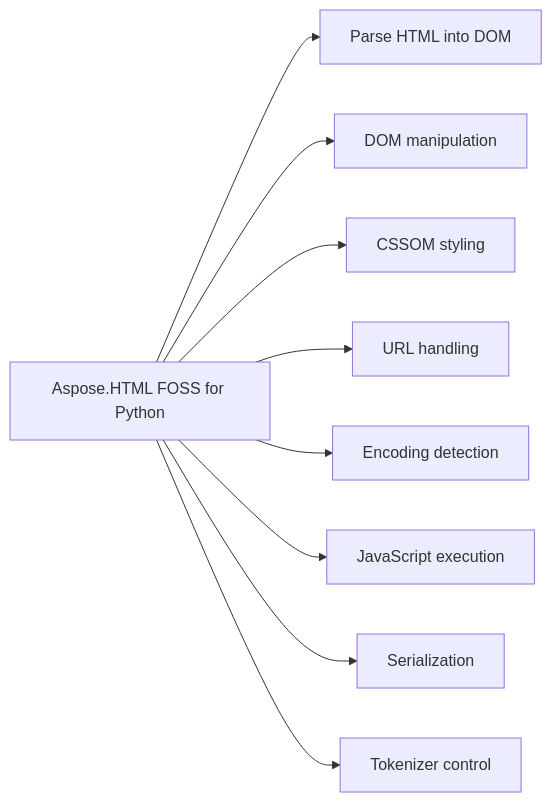
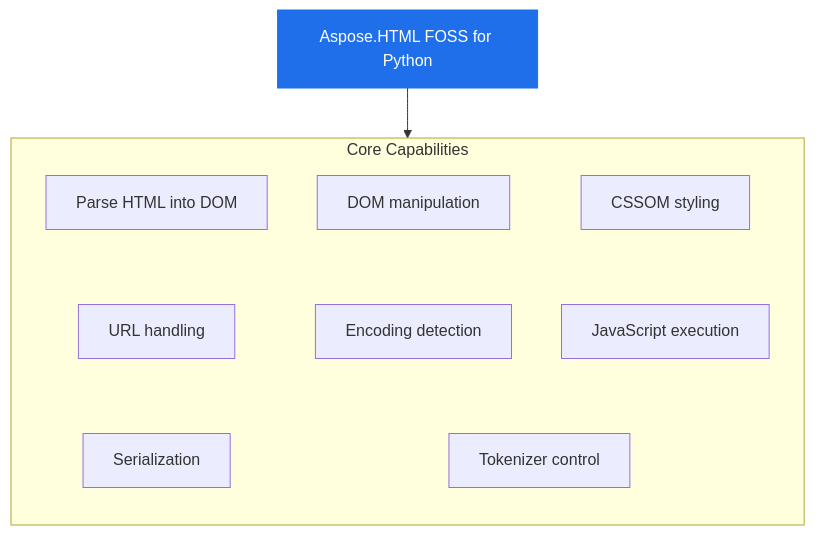
One commit to babar-raza/repo-presenter changed the diagram in bf0f1e7a6d29ca9e14de576fe3ff1aa49ddbaf11/README.md. Above: the diagram before and after it, drawn with Mermaid. The commit also changed other lines of this file and 8 other files, not shown here.

Commit message:
bundle: aspose-html-foss/Aspose.HTML-FOSS-for-Python lane R bf0f1e7a6d29ca9e14de576fe3ff1aa49ddbaf11

````diff
--- a/bf0f1e7a6d29ca9e14de576fe3ff1aa49ddbaf11/README.md
+++ b/bf0f1e7a6d29ca9e14de576fe3ff1aa49ddbaf11/README.md
@@ -25,19 +25,24 @@
 ```mermaid
-flowchart LR
-Product["Aspose.HTML FOSS for Python"]
-Product["Aspose.HTML FOSS for Python"] --> Cap1["Parse HTML into DOM"]
-Cap2["DOM manipulation"]
-Cap3["CSSOM styling"]
-Cap4["URL handling"]
-Cap5["Encoding detection"]
-Cap6["JavaScript execution"]
-Cap7["Serialization"]
-Cap8["Tokenizer control"]
-Product["Aspose.HTML FOSS for Python"] --> Cap2["DOM manipulation"]
-Product["Aspose.HTML FOSS for Python"] --> Cap3["CSSOM styling"]
-Product["Aspose.HTML FOSS for Python"] --> Cap4["URL handling"]
-Product["Aspose.HTML FOSS for Python"] --> Cap5["Encoding detection"]
-Product["Aspose.HTML FOSS for Python"] --> Cap6["JavaScript execution"]
-Product["Aspose.HTML FOSS for Python"] --> Cap7["Serialization"]
-Product["Aspose.HTML FOSS for Python"] --> Cap8["Tokenizer control"]
+flowchart TB
+  PRODUCT["Aspose.HTML FOSS for Python"]
+  subgraph Capabilities["Core Capabilities"]
+    direction TB
+    c1["Parse HTML into DOM"]
+    c2["DOM manipulation"]
+    c3["CSSOM styling"]
+    c4["URL handling"]
+    c5["Encoding detection"]
+    c6["JavaScript execution"]
+    c7["Serialization"]
+    c8["Tokenizer control"]
+    c1 ~~~ c4
+    c2 ~~~ c5
+    c3 ~~~ c6
+    c4 ~~~ c7
+    c5 ~~~ c8
+    c6 ~~~ c8
+  end
+  PRODUCT --> Capabilities
+  classDef product fill:#1f6feb,stroke:#1f6feb,color:#ffffff
+  class PRODUCT product
 ```
````
